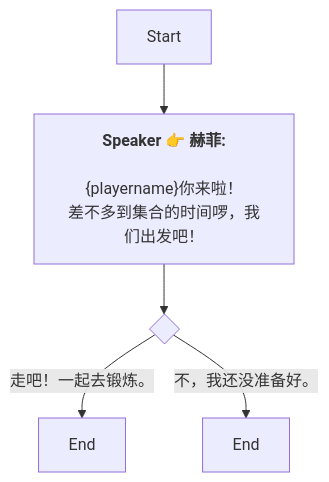
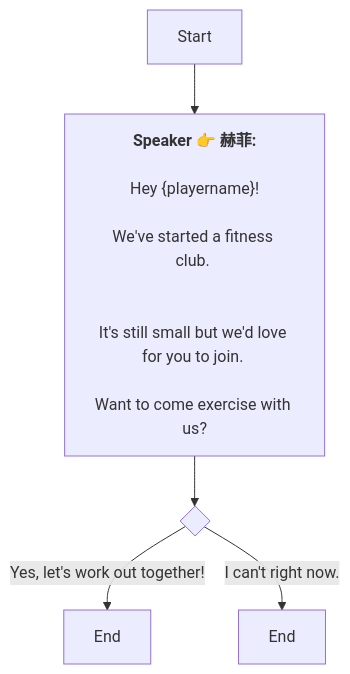
The diagram in Zh/QuestTalkObjectiveNode_1751363785150787.md (SoftHu/tos_avg), drawn with Mermaid before and after one commit. The commit also changed 312 other files, not shown here.

````diff
--- a/Zh/QuestTalkObjectiveNode_1751363785150787.md
+++ b/Zh/QuestTalkObjectiveNode_1751363785150787.md
@@ -1,11 +1,19 @@
 ```mermaid
 graph
 Start -->1751364245965079[<b>Speaker 👉 赫菲:</b>
 
-&lbrace;playername&rbrace;你来啦！
-差不多到集合的时间啰，我们出发吧！]
+Hey &lbrace;playername&rbrace;!
+
+We've started a fitness club. 
+
+
+It's still small but we'd love for you to join. 
+
+Want to come exercise with us? 
+
+]
 1751364245965079 -->1751364424629528{ }
-1751364424629528 -->|走吧！一起去锻炼。|1751364449697053[End]
-1751364424629528 -->|不，我还没准备好。|1751364455005470[End]
+1751364424629528 -->|Yes, let's work out together! |1751364449697053[End]
+1751364424629528 -->|I can't right now.  |1751364455005470[End]
 
  ```
````
